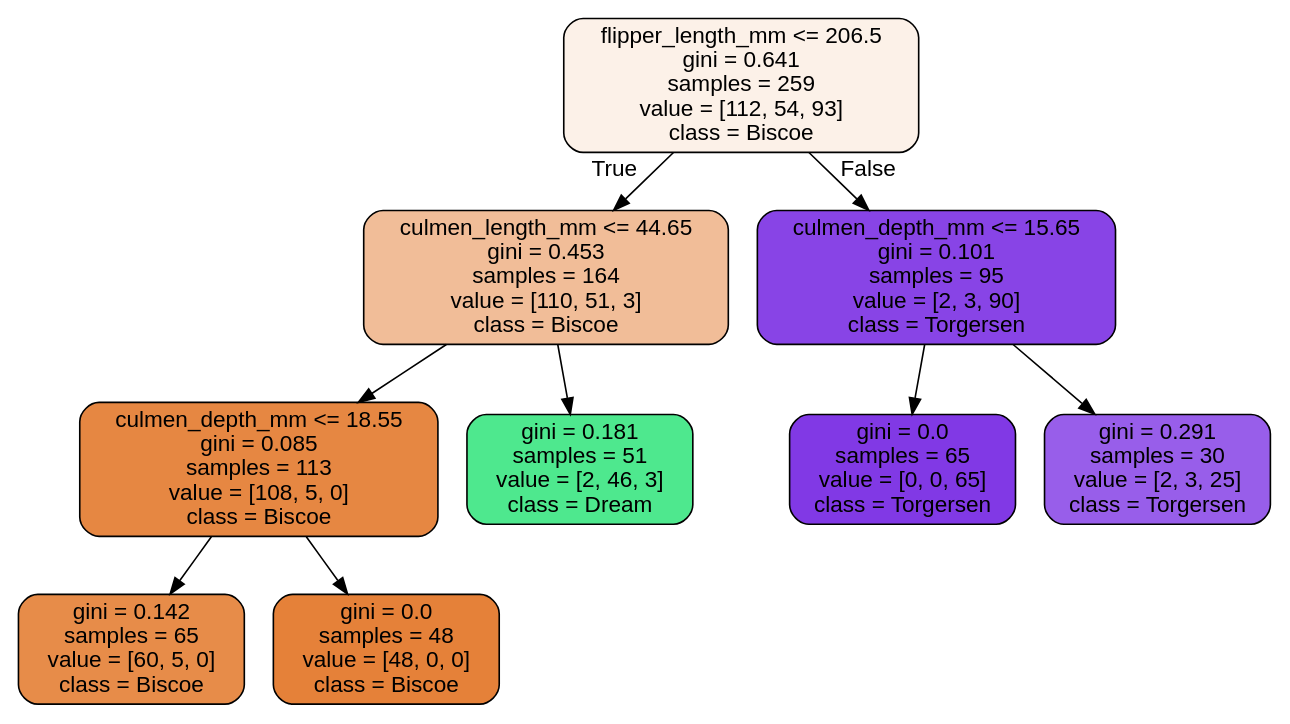
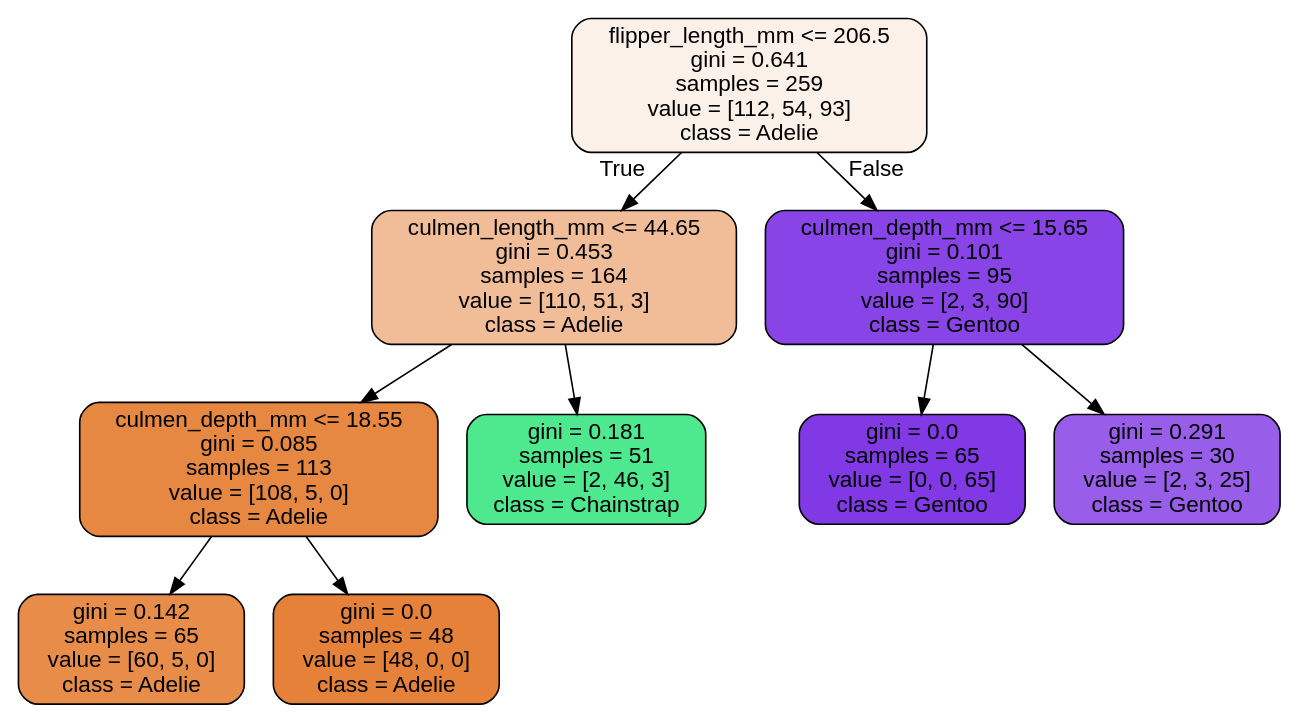
The diagram in 03-Machine_Learning/01-Supervisado/04-Ejercicio/images/classificacion_trees/classificacion_tree_conf.dot (Pabarkyan/DS_PT_02_2024), drawn with Graphviz before and after one commit. The commit also changed 7 other files, not shown here.

```diff
--- a/03-Machine_Learning/01-Supervisado/04-Ejercicio/images/classificacion_trees/classificacion_tree_conf.dot
+++ b/03-Machine_Learning/01-Supervisado/04-Ejercicio/images/classificacion_trees/classificacion_tree_conf.dot
@@ -1,21 +1,21 @@
 digraph Tree {
 node [shape=box, style="filled, rounded", color="black", fontname="helvetica"] ;
 edge [fontname="helvetica"] ;
-0 [label="flipper_length_mm <= 206.5\ngini = 0.641\nsamples = 259\nvalue = [112, 54, 93]\nclass = Biscoe", fillcolor="#fcf1e8"] ;
-1 [label="culmen_length_mm <= 44.65\ngini = 0.453\nsamples = 164\nvalue = [110, 51, 3]\nclass = Biscoe", fillcolor="#f1bd98"] ;
+0 [label="flipper_length_mm <= 206.5\ngini = 0.641\nsamples = 259\nvalue = [112, 54, 93]\nclass = Adelie", fillcolor="#fcf1e8"] ;
+1 [label="culmen_length_mm <= 44.65\ngini = 0.453\nsamples = 164\nvalue = [110, 51, 3]\nclass = Adelie", fillcolor="#f1bd98"] ;
 0 -> 1 [labeldistance=2.5, labelangle=45, headlabel="True"] ;
-2 [label="culmen_depth_mm <= 18.55\ngini = 0.085\nsamples = 113\nvalue = [108, 5, 0]\nclass = Biscoe", fillcolor="#e68742"] ;
+2 [label="culmen_depth_mm <= 18.55\ngini = 0.085\nsamples = 113\nvalue = [108, 5, 0]\nclass = Adelie", fillcolor="#e68742"] ;
 1 -> 2 ;
-3 [label="gini = 0.142\nsamples = 65\nvalue = [60, 5, 0]\nclass = Biscoe", fillcolor="#e78c49"] ;
+3 [label="gini = 0.142\nsamples = 65\nvalue = [60, 5, 0]\nclass = Adelie", fillcolor="#e78c49"] ;
 2 -> 3 ;
-4 [label="gini = 0.0\nsamples = 48\nvalue = [48, 0, 0]\nclass = Biscoe", fillcolor="#e58139"] ;
+4 [label="gini = 0.0\nsamples = 48\nvalue = [48, 0, 0]\nclass = Adelie", fillcolor="#e58139"] ;
 2 -> 4 ;
-5 [label="gini = 0.181\nsamples = 51\nvalue = [2, 46, 3]\nclass = Dream", fillcolor="#4ee88e"] ;
+5 [label="gini = 0.181\nsamples = 51\nvalue = [2, 46, 3]\nclass = Chainstrap", fillcolor="#4ee88e"] ;
 1 -> 5 ;
-6 [label="culmen_depth_mm <= 15.65\ngini = 0.101\nsamples = 95\nvalue = [2, 3, 90]\nclass = Torgersen", fillcolor="#8844e6"] ;
+6 [label="culmen_depth_mm <= 15.65\ngini = 0.101\nsamples = 95\nvalue = [2, 3, 90]\nclass = Gentoo", fillcolor="#8844e6"] ;
 0 -> 6 [labeldistance=2.5, labelangle=-45, headlabel="False"] ;
-7 [label="gini = 0.0\nsamples = 65\nvalue = [0, 0, 65]\nclass = Torgersen", fillcolor="#8139e5"] ;
+7 [label="gini = 0.0\nsamples = 65\nvalue = [0, 0, 65]\nclass = Gentoo", fillcolor="#8139e5"] ;
 6 -> 7 ;
-8 [label="gini = 0.291\nsamples = 30\nvalue = [2, 3, 25]\nclass = Torgersen", fillcolor="#985eea"] ;
+8 [label="gini = 0.291\nsamples = 30\nvalue = [2, 3, 25]\nclass = Gentoo", fillcolor="#985eea"] ;
 6 -> 8 ;
 }
```
